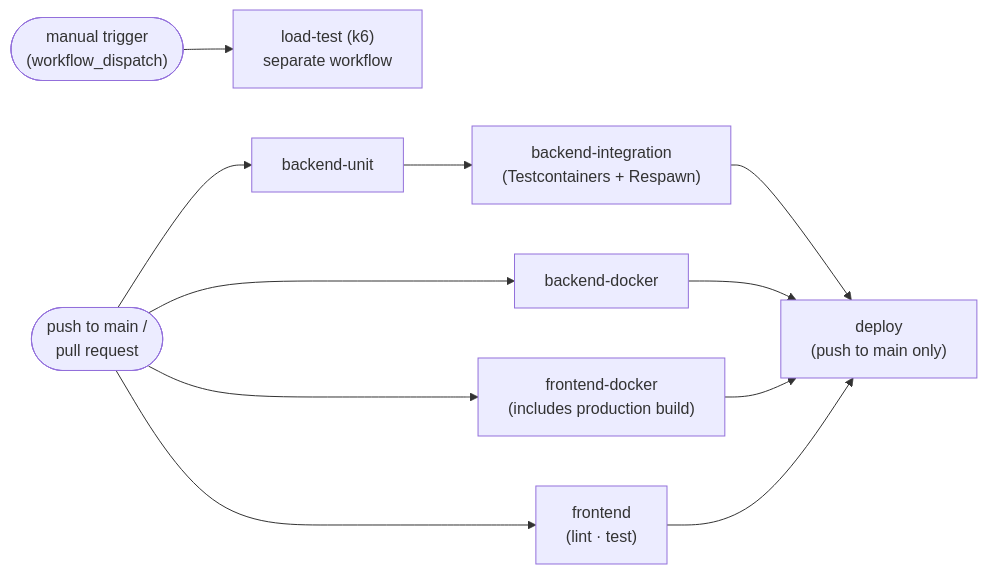
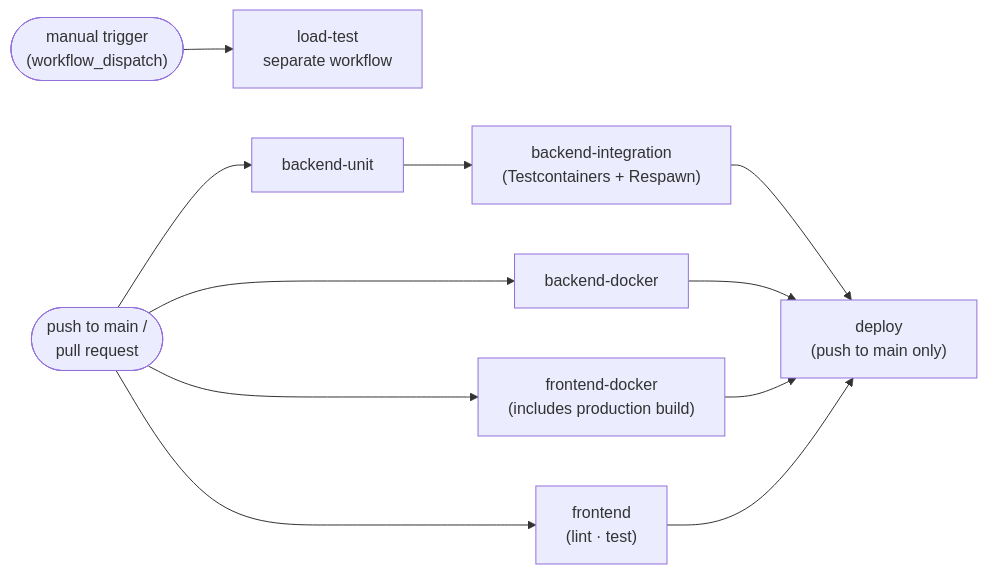
Before and after one commit to tony-engineering/storefront-blueprint: the fourth of 4 diagrams in ARCHITECTURE.md, drawn with Mermaid. The commit also changed other lines of this file and 61 other files, not shown here.

Commit message:
Add load lab: lab endpoints, LoadLab runner, order lab run id, chart and UI

````diff
--- a/ARCHITECTURE.md
+++ b/ARCHITECTURE.md
@@ -387,11 +386,11 @@
 ```mermaid
 flowchart LR
     Push(["push to main /<br/>pull request"]) --> Unit["backend-unit"]
     Unit --> Int["backend-integration<br/>(Testcontainers + Respawn)"]
     Push --> BeDocker["backend-docker"]
     Push --> FeDocker["frontend-docker<br/>(includes production build)"]
     Push --> Fe["frontend<br/>(lint · test)"]
     Int & BeDocker & FeDocker & Fe --> Deploy["deploy<br/>(push to main only)"]
 
-    Manual(["manual trigger<br/>(workflow_dispatch)"]) --> Load["load-test (k6)<br/>separate workflow"]
+    Manual(["manual trigger<br/>(workflow_dispatch)"]) --> Load["load-test<br/>separate workflow"]
 ```
````
